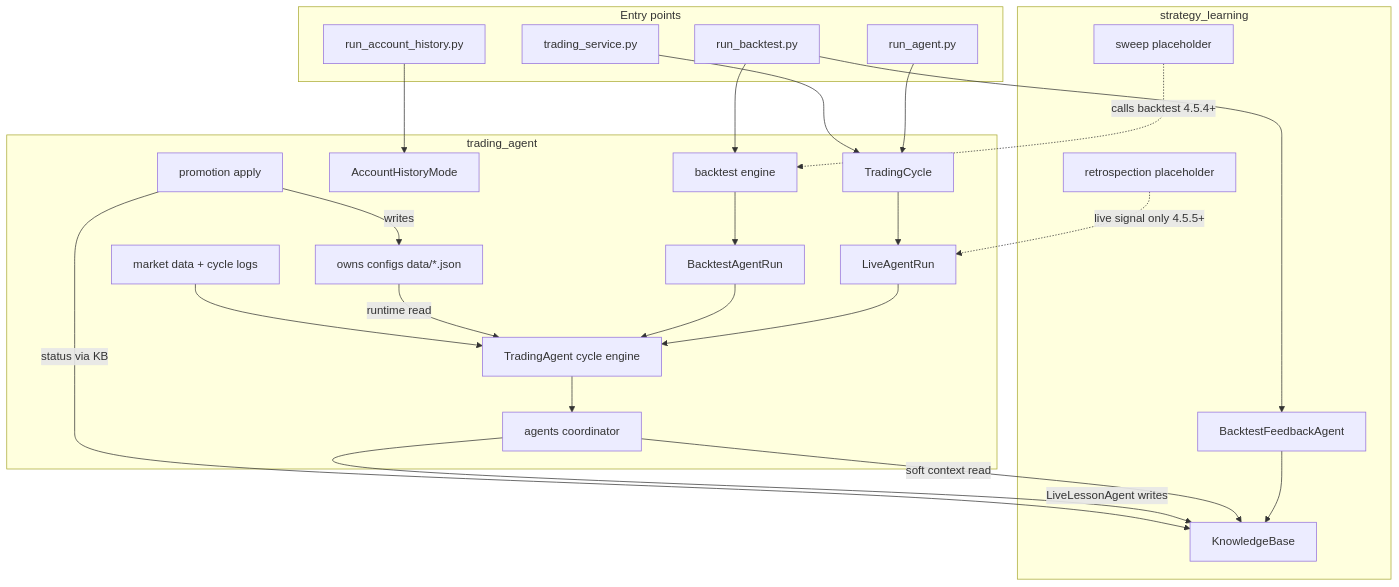
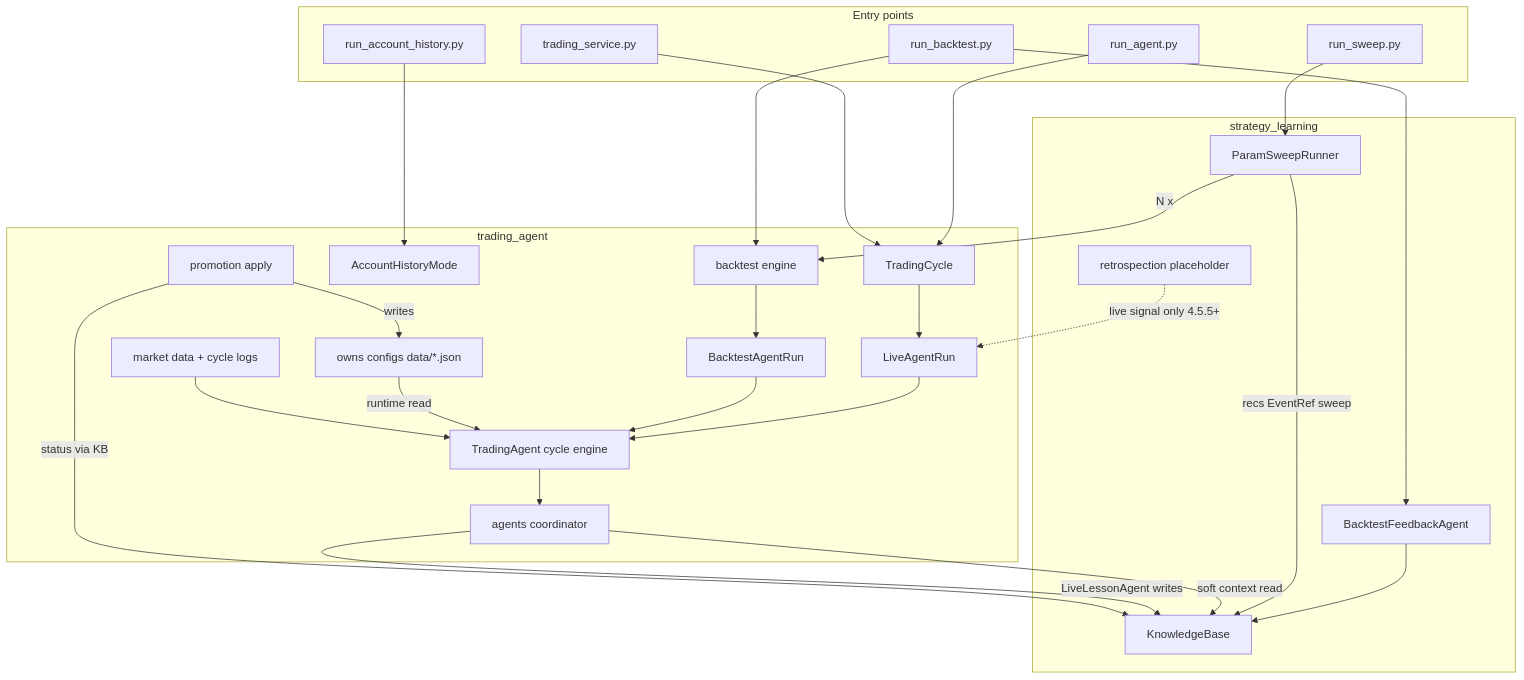
Before and after one commit to yetigong/trading-agent: the first of 2 diagrams in docs/PROJECT_PLAN.md, drawn with Mermaid. The commit also changed other lines of this file and 53 other files, not shown here.

First line of the commit message:
Add Phase 4.5.4 param sweep and package-aligned unit tests.

````diff
--- a/docs/PROJECT_PLAN.md
+++ b/docs/PROJECT_PLAN.md
@@ -20,43 +20,45 @@
 ```mermaid
 flowchart TB
     subgraph entry [Entry points]
         RA[run_agent.py]
         RAH[run_account_history.py]
         RBT[run_backtest.py]
+        RSW[run_sweep.py]
         TS[trading_service.py]
     end
 
     subgraph ta [trading_agent]
         TC[TradingCycle]
         Live[LiveAgentRun]
         BTRun[BacktestAgentRun]
         TA[TradingAgent cycle engine]
         AHM[AccountHistoryMode]
         AG[agents coordinator]
         BT[backtest engine]
         Cfg["owns configs data/*.json"]
         MD[market data + cycle logs]
         Promo[promotion apply]
     end
 
     subgraph sl [strategy_learning]
         SLK[KnowledgeBase]
-        SLS[sweep placeholder]
+        SLS[ParamSweepRunner]
         SLR[retrospection placeholder]
         FB[BacktestFeedbackAgent]
     end
 
     RA --> TC --> Live --> TA --> AG
     TS --> TC
     RAH --> AHM
     RBT --> BT --> BTRun --> TA
     RBT --> FB --> SLK
+    RSW --> SLS -->|"N x"| BT
+    SLS -->|"recs EventRef sweep"| SLK
     Cfg -->|"runtime read"| TA
     MD --> TA
     AG -->|"soft context read"| SLK
     AG -->|"LiveLessonAgent writes"| SLK
     Promo -->|"status via KB"| SLK
     Promo -->|"writes"| Cfg
-    SLS -.->|"calls backtest 4.5.4+"| BT
     SLR -.->|"live signal only 4.5.5+"| Live
 ```
````
